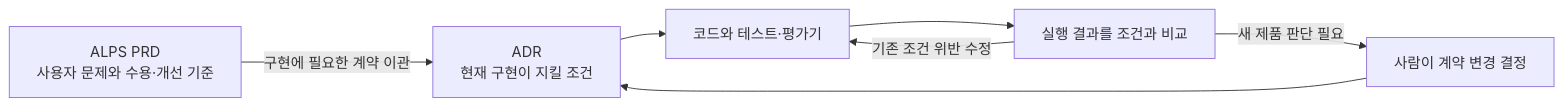
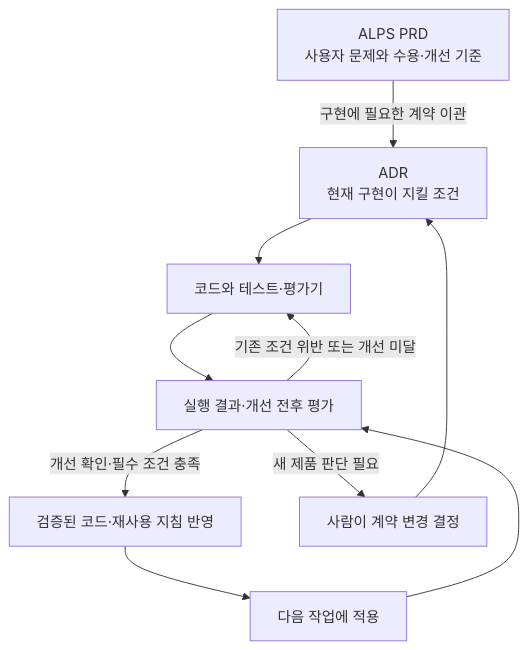
Before and after one commit to haandol/haandol.github.com: the second of 2 diagrams in _posts/2026-10-05-software-factory-evals-and-tension-metrics.md, drawn with Mermaid. The commit also changed other lines of this file and 1 other file, not shown here.

````diff
--- a/_posts/2026-10-05-software-factory-evals-and-tension-metrics.md
+++ b/_posts/2026-10-05-software-factory-evals-and-tension-metrics.md
@@ -117,9 +131,12 @@
 ```mermaid
-flowchart LR
+flowchart TD
     P["ALPS PRD<br/>사용자 문제와 수용·개선 기준"] -->|구현에 필요한 계약 이관| A["ADR<br/>현재 구현이 지킬 조건"]
     A --> C["코드와 테스트·평가기"]
-    C --> E["실행 결과를 조건과 비교"]
-    E -->|기존 조건 위반 수정| C
+    C --> E["실행 결과·개선 전후 평가"]
+    E -->|기존 조건 위반 또는 개선 미달| C
+    E -->|개선 확인·필수 조건 충족| K["검증된 코드·재사용 지침 반영"]
+    K --> N["다음 작업에 적용"]
+    N --> E
     E -->|새 제품 판단 필요| H["사람이 계약 변경 결정"]
     H --> A
 ```
````
